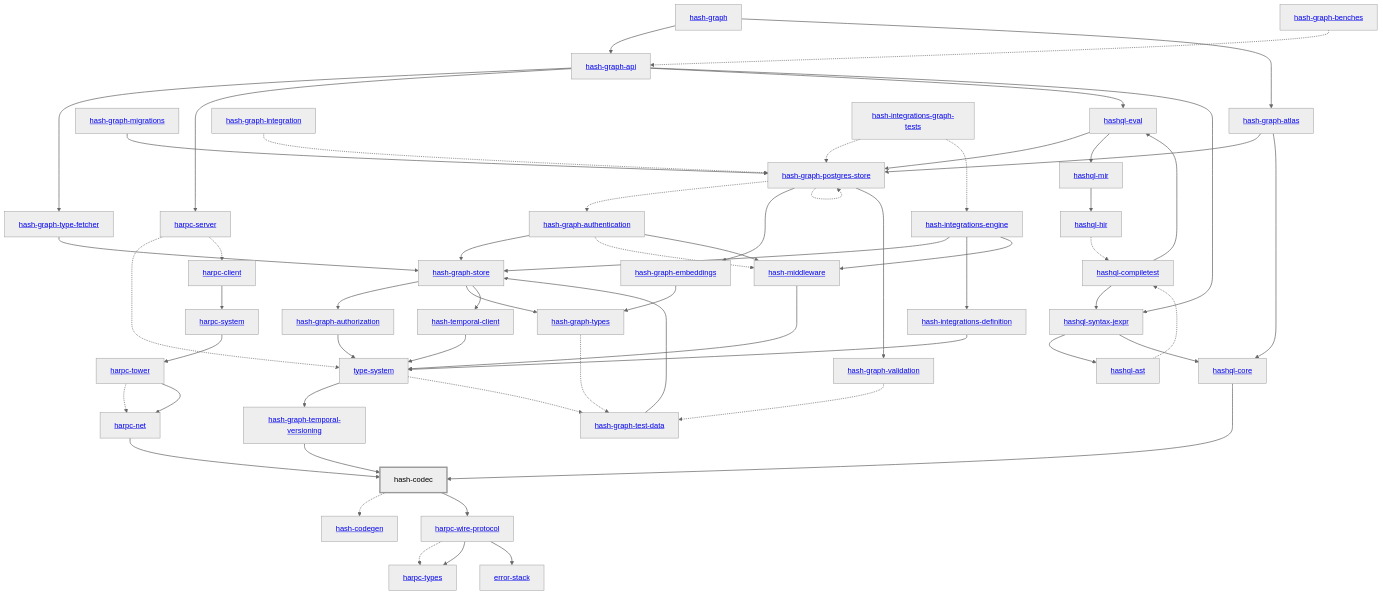
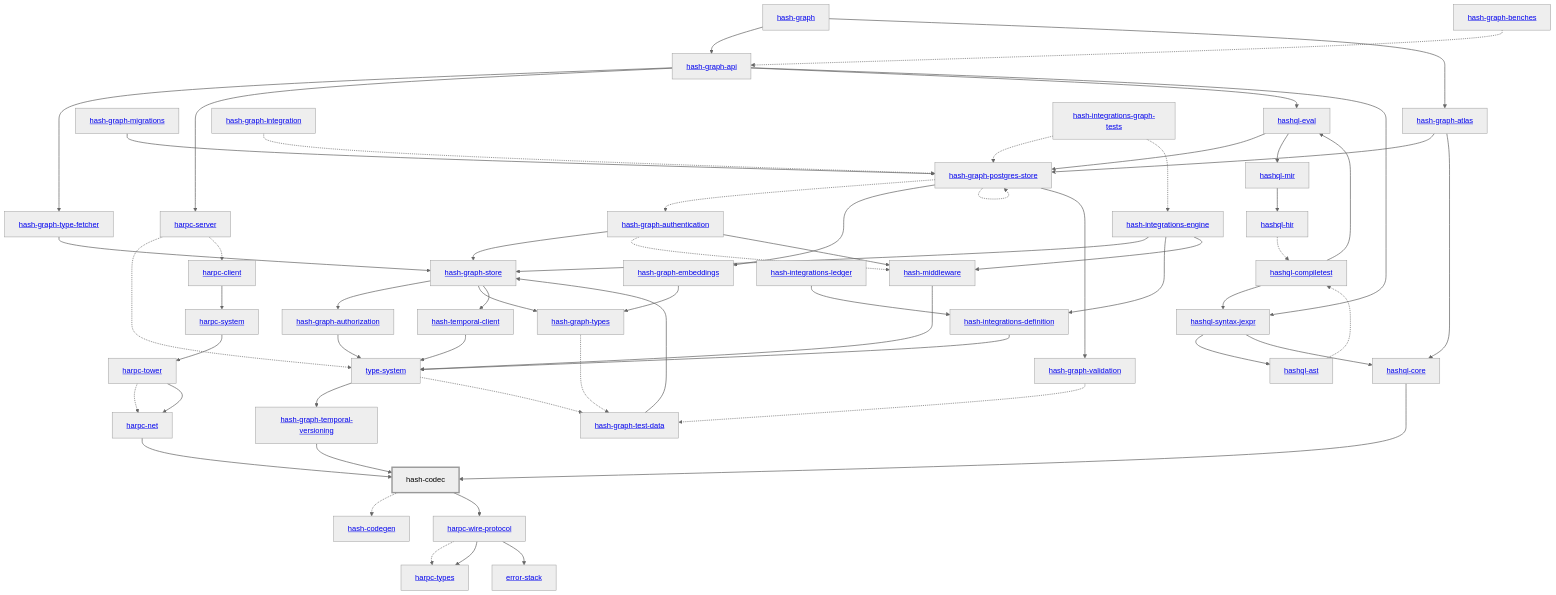
The diagram in libs/@local/codec/rust/docs/dependency-diagram.mmd (hashintel/hash), drawn with Mermaid (neutral theme) before and after one commit. The commit also changed 12 other files, not shown here.

Commit message:
Regenerate the dependency diagrams that include the ledger crate

```diff
--- a/libs/@local/codec/rust/docs/dependency-diagram.mmd
+++ b/libs/@local/codec/rust/docs/dependency-diagram.mmd
@@ -1,110 +1,112 @@
 graph TD
     linkStyle default stroke-width:1.5px
     classDef default stroke-width:1px
     classDef root stroke-width:3px
     classDef dev stroke-width:1px
     classDef build stroke-width:1px
     %% Legend
     %% --> : Normal dependency
     %% -.-> : Dev dependency
     %% ---> : Build dependency
     0[<a href="../hash_graph/index.html">hash-graph</a>]
     1[<a href="../type_system/index.html">type-system</a>]
     2[hash-codec]
     class 2 root
     3[<a href="../hash_codegen/index.html">hash-codegen</a>]
     4[<a href="../hash_graph_api/index.html">hash-graph-api</a>]
     5[<a href="../hash_graph_atlas/index.html">hash-graph-atlas</a>]
     6[<a href="../hash_graph_authentication/index.html">hash-graph-authentication</a>]
     7[<a href="../hash_graph_authorization/index.html">hash-graph-authorization</a>]
     8[<a href="../hash_graph_embeddings/index.html">hash-graph-embeddings</a>]
     9[<a href="../hash_graph_migrations/index.html">hash-graph-migrations</a>]
     10[<a href="../hash_graph_postgres_store/index.html">hash-graph-postgres-store</a>]
     11[<a href="../hash_graph_store/index.html">hash-graph-store</a>]
     12[<a href="../hash_graph_temporal_versioning/index.html">hash-graph-temporal-versioning</a>]
     13[<a href="../hash_graph_type_fetcher/index.html">hash-graph-type-fetcher</a>]
     14[<a href="../hash_graph_types/index.html">hash-graph-types</a>]
     15[<a href="../hash_graph_validation/index.html">hash-graph-validation</a>]
     16[<a href="../harpc_client/index.html">harpc-client</a>]
     17[<a href="../harpc_net/index.html">harpc-net</a>]
     18[<a href="../harpc_server/index.html">harpc-server</a>]
     19[<a href="../harpc_system/index.html">harpc-system</a>]
     20[<a href="../harpc_tower/index.html">harpc-tower</a>]
     21[<a href="../harpc_types/index.html">harpc-types</a>]
     22[<a href="../harpc_wire_protocol/index.html">harpc-wire-protocol</a>]
     23[<a href="../hashql_ast/index.html">hashql-ast</a>]
     24[<a href="../hashql_compiletest/index.html">hashql-compiletest</a>]
     25[<a href="../hashql_core/index.html">hashql-core</a>]
     26[<a href="../hashql_eval/index.html">hashql-eval</a>]
     27[<a href="../hashql_hir/index.html">hashql-hir</a>]
     28[<a href="../hashql_mir/index.html">hashql-mir</a>]
     29[<a href="../hashql_syntax_jexpr/index.html">hashql-syntax-jexpr</a>]
     30[<a href="../hash_integrations_definition/index.html">hash-integrations-definition</a>]
     31[<a href="../hash_integrations_engine/index.html">hash-integrations-engine</a>]
-    32[<a href="../hash_middleware/index.html">hash-middleware</a>]
-    33[<a href="../hash_temporal_client/index.html">hash-temporal-client</a>]
-    34[<a href="../error_stack/index.html">error-stack</a>]
-    35[<a href="../hash_graph_benches/index.html">hash-graph-benches</a>]
-    36[<a href="../hash_graph_integration/index.html">hash-graph-integration</a>]
-    37[<a href="../hash_graph_test_data/index.html">hash-graph-test-data</a>]
-    38[<a href="../hash_integrations_graph_tests/index.html">hash-integrations-graph-tests</a>]
+    32[<a href="../hash_integrations_ledger/index.html">hash-integrations-ledger</a>]
+    33[<a href="../hash_middleware/index.html">hash-middleware</a>]
+    34[<a href="../hash_temporal_client/index.html">hash-temporal-client</a>]
+    35[<a href="../error_stack/index.html">error-stack</a>]
+    36[<a href="../hash_graph_benches/index.html">hash-graph-benches</a>]
+    37[<a href="../hash_graph_integration/index.html">hash-graph-integration</a>]
+    38[<a href="../hash_graph_test_data/index.html">hash-graph-test-data</a>]
+    39[<a href="../hash_integrations_graph_tests/index.html">hash-integrations-graph-tests</a>]
     0 --> 4
     0 --> 5
     1 --> 12
-    1 -.-> 37
+    1 -.-> 38
     2 -.-> 3
     2 --> 22
     4 --> 13
     4 --> 18
     4 --> 26
     4 --> 29
     5 --> 10
     5 --> 25
     6 --> 11
-    6 -.-> 32
-    6 --> 32
+    6 -.-> 33
+    6 --> 33
     7 --> 1
     8 --> 14
     9 --> 10
     10 -.-> 6
     10 --> 8
     10 -.-> 10
     10 --> 15
     11 --> 7
     11 --> 14
-    11 --> 33
+    11 --> 34
     12 --> 2
     13 --> 11
-    14 -.-> 37
-    15 -.-> 37
+    14 -.-> 38
+    15 -.-> 38
     16 --> 19
     17 --> 2
     18 -.-> 1
     18 -.-> 16
     19 --> 20
     20 -.-> 17
     20 --> 17
     22 -.-> 21
     22 --> 21
-    22 --> 34
+    22 --> 35
     23 -.-> 24
     24 --> 26
     24 --> 29
     25 --> 2
     26 --> 10
     26 --> 28
     27 -.-> 24
     28 --> 27
     29 --> 23
     29 --> 25
     30 --> 1
     31 --> 11
     31 --> 30
-    31 --> 32
-    32 --> 1
+    31 --> 33
+    32 --> 30
     33 --> 1
-    35 -.-> 4
-    36 -.-> 10
-    37 --> 11
-    38 -.-> 10
-    38 -.-> 31
+    34 --> 1
+    36 -.-> 4
+    37 -.-> 10
+    38 --> 11
+    39 -.-> 10
+    39 -.-> 31
```
